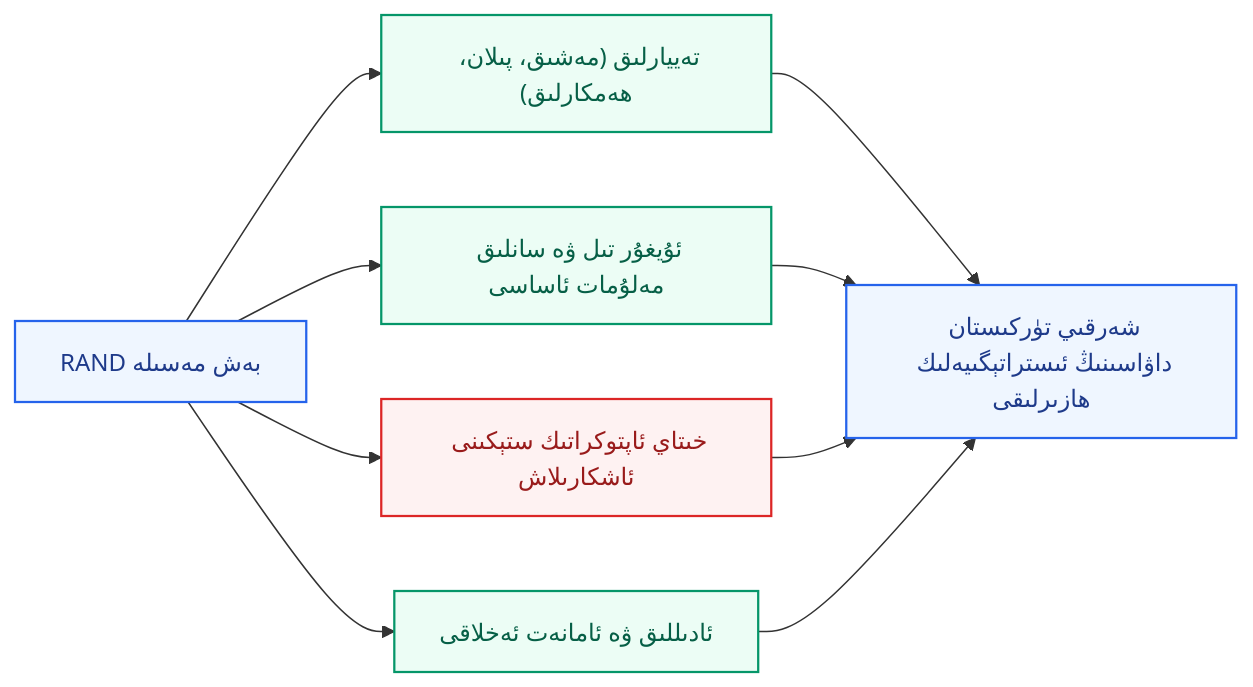
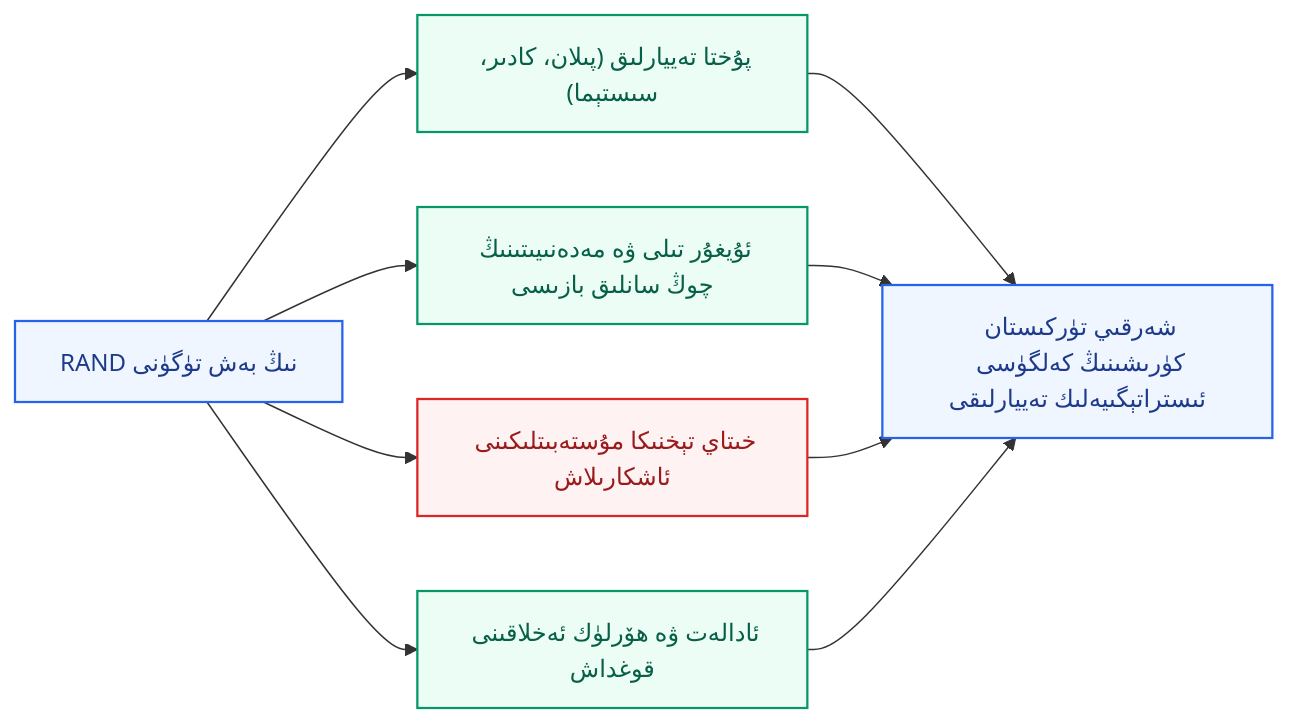
Before and after one commit to UyCoder/paydilar: the fourth of 4 diagrams in _posts/2026-10-26-RAND-AGI-Geosiyaset-Besh-Qiyin-Mesile.md, drawn with Mermaid. The commit also changed other lines of this file and 1 other file, not shown here.

Commit message:
edit: revise Xu Jianying rebuttal and RAND AGI geopolitics posts

````diff
--- a/_posts/2026-10-26-RAND-AGI-Geosiyaset-Besh-Qiyin-Mesile.md
+++ b/_posts/2026-10-26-RAND-AGI-Geosiyaset-Besh-Qiyin-Mesile.md
@@ -240,15 +247,15 @@
 ```mermaid
 flowchart LR
     classDef a fill:#eff6ff,stroke:#2563eb,stroke-width:1.5px,color:#1e3a8a;
     classDef b fill:#ecfdf5,stroke:#059669,stroke-width:1.5px,color:#065f46;
     classDef c fill:#fef2f2,stroke:#dc2626,stroke-width:1.5px,color:#991b1b;
 
-    P["RAND بەش مەسىلە"]:::a --> L1["تەييارلىق (مەشىق، پىلان، ھەمكارلىق)"]:::b
-    P --> L2["ئۇيغۇر تىل ۋە سانلىق مەلۇمات ئاساسى"]:::b
-    P --> L3["خىتاي ئاپتوكراتىك ستېكىنى ئاشكارىلاش"]:::c
-    P --> L4["ئادىللىق ۋە ئامانەت ئەخلاقى"]:::b
-    L1 --> Z["شەرقىي تۈركىستان داۋاسىنىڭ ئىستراتېگىيەلىك ھازىرلىقى"]:::a
+    P["RAND نىڭ بەش تۈگۈنى"]:::a --> L1["پۇختا تەييارلىق (پىلان، كادىر، سىستېما)"]:::b
+    P --> L2["ئۇيغۇر تىلى ۋە مەدەنىيىتىنىڭ چوڭ سانلىق بازىسى"]:::b
+    P --> L3["خىتاي تېخنىكا مۇستەبىتلىكىنى ئاشكارىلاش"]:::c
+    P --> L4["ئادالەت ۋە ھۆرلۈك ئەخلاقىنى قوغداش"]:::b
+    L1 --> Z["شەرقىي تۈركىستان كۈرىشىنىڭ كەلگۈسى ئىستراتېگىيەلىك تەييارلىقى"]:::a
     L2 --> Z
     L3 --> Z
     L4 --> Z
 ```
````
